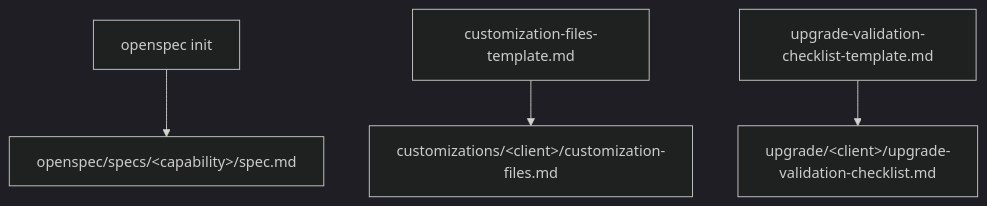
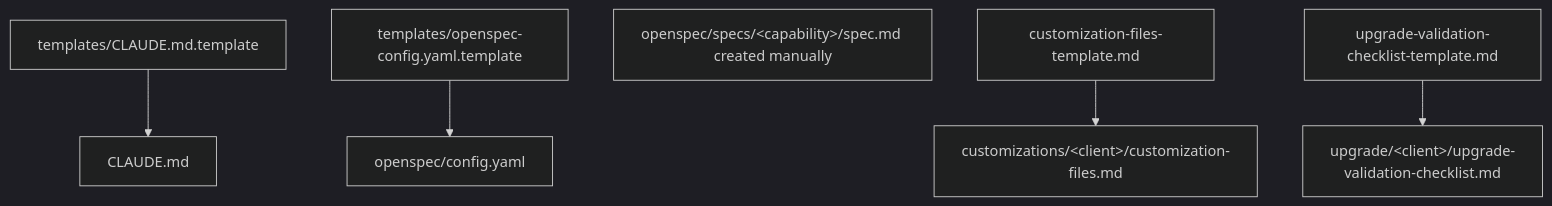
The second of 6 diagrams in eyeseetea-docs/README.md (EyeSeeTea/dhis2-android-capture-app), drawn with Mermaid (dark theme) before and after one commit. The commit also changed other lines of this file and 5 other files, not shown here.

````diff
--- a/eyeseetea-docs/README.md
+++ b/eyeseetea-docs/README.md
@@ -59,6 +60,8 @@
 ```mermaid
 flowchart TD
-    openspec[openspec init] --> clientSpecs[openspec/specs/&lt;capability&gt;/spec.md]
+    claudeTemplate[templates/CLAUDE.md.template] --> claudeMd[CLAUDE.md]
+    openspecTemplate[templates/openspec-config.yaml.template] --> openspecConfig[openspec/config.yaml]
+    clientSpecs[openspec/specs/&lt;capability&gt;/spec.md created manually]
     templateFiles[customization-files-template.md] --> clientFiles[customizations/&lt;client&gt;/customization-files.md]
     templateChecklist[upgrade-validation-checklist-template.md] --> clientChecklist[upgrade/&lt;client&gt;/upgrade-validation-checklist.md]
 ```
````
